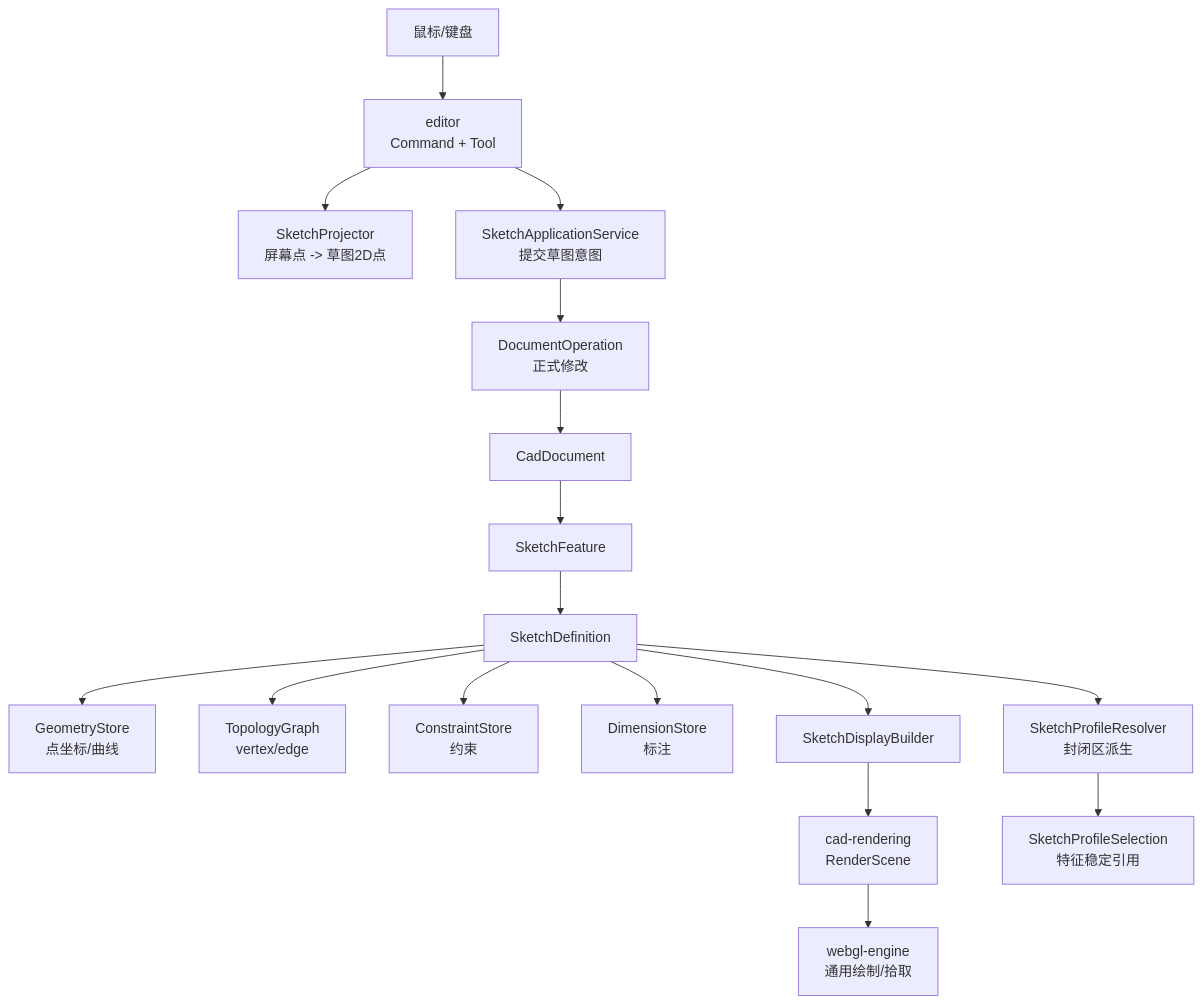
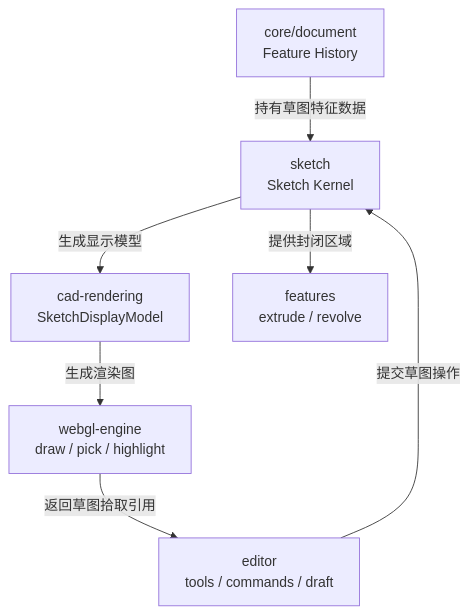
The first of 4 diagrams in docs/草图架构设计.md (genewanggang-sudo/occt-draw-web), drawn with Mermaid before and after one commit. The commit also changed other lines of this file and 3 other files, not shown here.

Commit message:
refactor(sketch): outline architecture foundation

````diff
--- a/docs/草图架构设计.md
+++ b/docs/草图架构设计.md
@@ -17,22 +15,17 @@
 ```mermaid
 flowchart TD
-  UI["鼠标/键盘"] --> Editor["editor<br/>Command + Tool"]
-  Editor --> Projector["SketchProjector<br/>屏幕点 -> 草图2D点"]
-  Editor --> Service["SketchApplicationService<br/>提交草图意图"]
-  Service --> Operation["DocumentOperation<br/>正式修改"]
-  Operation --> Document["CadDocument"]
-  Document --> Feature["SketchFeature"]
-  Feature --> Sketch["SketchDefinition"]
+  Sketch["sketch<br/>Sketch Kernel"]
 
-  Sketch --> Geometry["GeometryStore<br/>点坐标/曲线"]
-  Sketch --> Topology["TopologyGraph<br/>vertex/edge"]
-  Sketch --> Constraint["ConstraintStore<br/>约束"]
-  Sketch --> Dimension["DimensionStore<br/>标注"]
+  Document["core/document<br/>Feature History"]
+  Editor["editor<br/>tools / commands / draft"]
+  Rendering["cad-rendering<br/>SketchDisplayModel"]
+  WebGL["webgl-engine<br/>draw / pick / highlight"]
+  Features["features<br/>extrude / revolve"]
 
-  Sketch --> Display["SketchDisplayBuilder"]
-  Display --> Rendering["cad-rendering<br/>RenderScene"]
-  Rendering --> WebGL["webgl-engine<br/>通用绘制/拾取"]
-
-  Sketch --> Profile["SketchProfileResolver<br/>封闭区派生"]
-  Profile --> FeatureRef["SketchProfileSelection<br/>特征稳定引用"]
+  Document -->|"持有草图特征数据"| Sketch
+  Editor -->|"提交草图操作"| Sketch
+  Sketch -->|"生成显示模型"| Rendering
+  Rendering -->|"生成渲染图"| WebGL
+  WebGL -->|"返回草图拾取引用"| Editor
+  Sketch -->|"提供封闭区域"| Features
 ```
````
